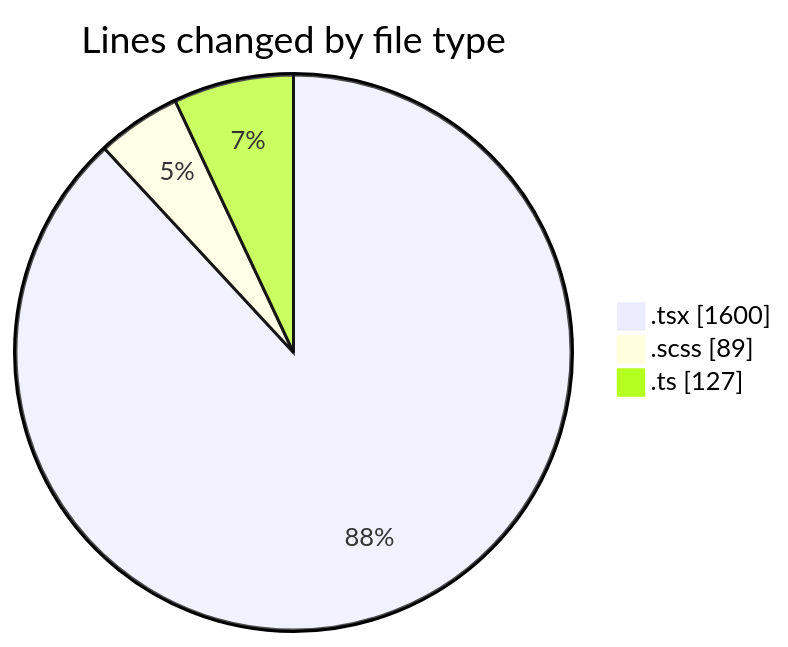
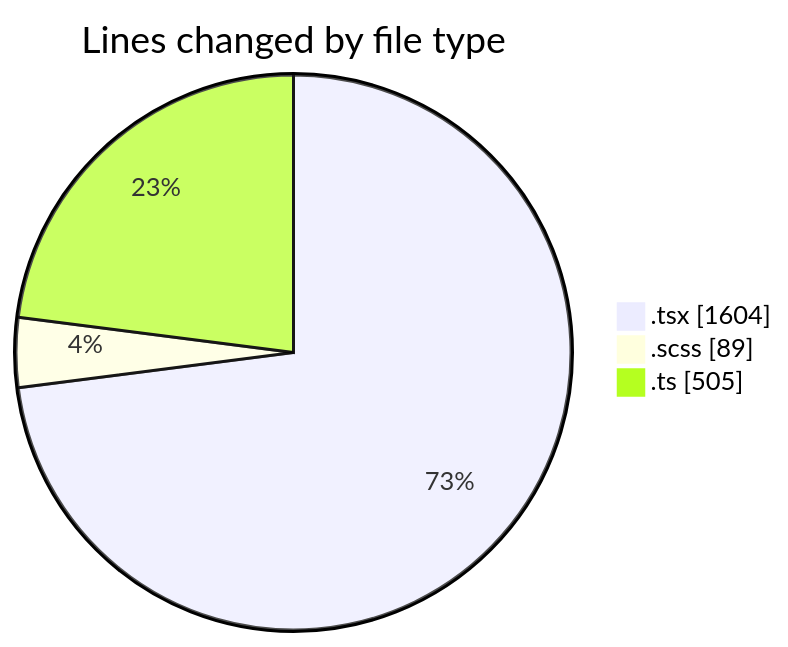
Before and after one commit to momahboobian/code-tracking: the first of 2 diagrams in 2025-06-17/cda/README.md, drawn with Mermaid. The commit also changed other lines of this file and 1 other file, not shown here.

````diff
--- a/2025-06-17/cda/README.md
+++ b/2025-06-17/cda/README.md
@@ -24,7 +24,7 @@
 ```mermaid
 pie showData
 title Lines changed by file type
-".tsx" : 1600
+".tsx" : 1604
 ".scss" : 89
-".ts" : 127
+".ts" : 505
 ```
````
